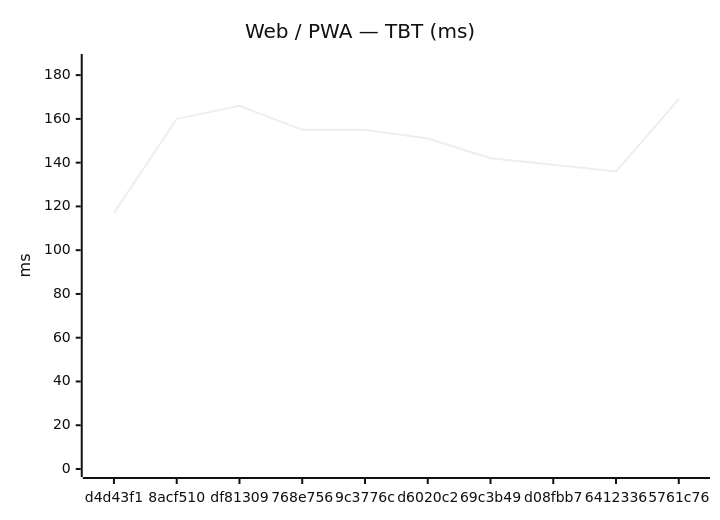
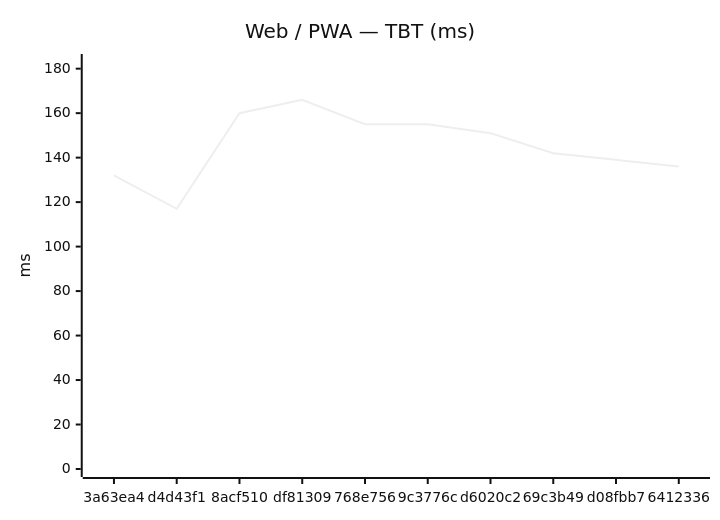
Before and after one commit to Metaheurist/Rianell: the second of 18 diagrams in benchmarks/compare.md, drawn with Mermaid (neutral theme). The commit also changed other lines of this file and 11 other files, not shown here.

````diff
--- a/benchmarks/compare.md
+++ b/benchmarks/compare.md
@@ -31,7 +31,7 @@
 ```mermaid
 xychart-beta
     title "Web / PWA — TBT (ms)"
-    x-axis ["d4d43f1", "8acf510", "df81309", "768e756", "9c3776c", "d6020c2", "69c3b49", "d08fbb7", "6412336", "5761c76"]
-    y-axis "ms" 0 --> 186
-    line [117, 160, 166, 155, 155, 151, 142, 139, 136, 169]
+    x-axis ["3a63ea4", "d4d43f1", "8acf510", "df81309", "768e756", "9c3776c", "d6020c2", "69c3b49", "d08fbb7", "6412336"]
+    y-axis "ms" 0 --> 183
+    line [132, 117, 160, 166, 155, 155, 151, 142, 139, 136]
 ```
````
